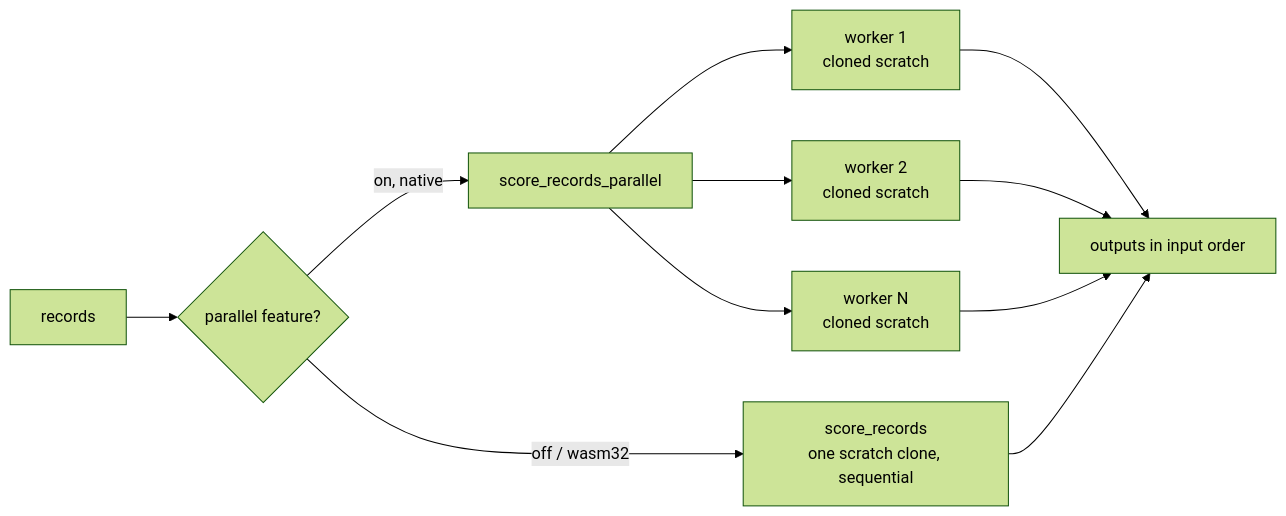
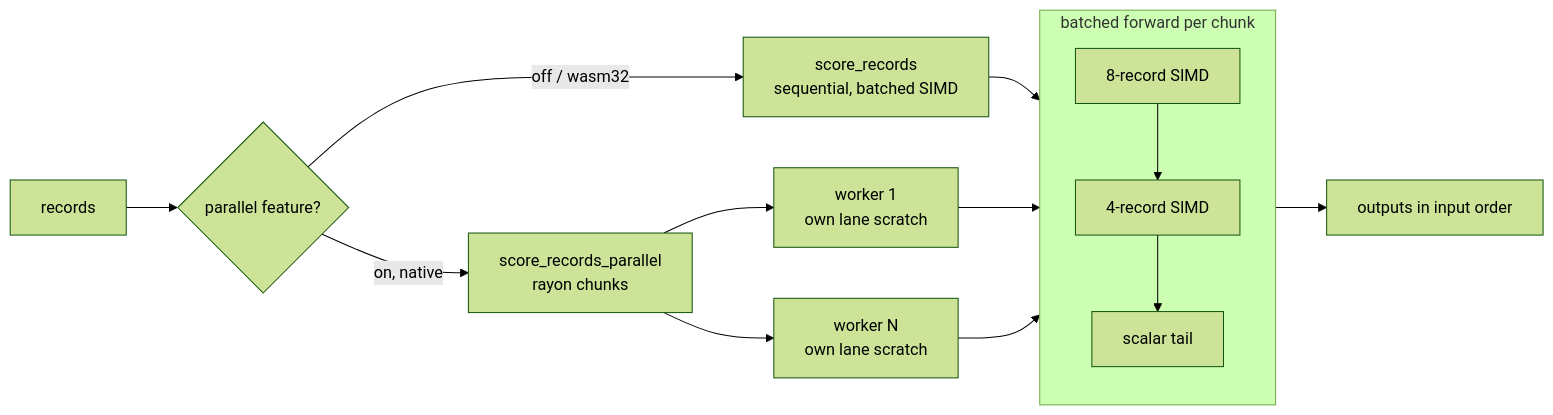
Before and after one commit to stSoftwareAU/NEAT-AI-core: the first of 4 diagrams in README.md, drawn with Mermaid (forest theme). The commit also changed other lines of this file and 6 other files, not shown here.

First line of the commit message:
[#230] Score records through the 8-record batched SIMD path

````diff
--- a/README.md
+++ b/README.md
@@ -61,13 +70,16 @@
 ```mermaid
 flowchart LR
     R[records] --> S{parallel feature?}
-    S -- off / wasm32 --> Q[score_records<br/>one scratch clone, sequential]
-    S -- on, native --> P[score_records_parallel]
-    P --> W1[worker 1<br/>cloned scratch]
-    P --> W2[worker 2<br/>cloned scratch]
-    P --> Wn[worker N<br/>cloned scratch]
-    W1 --> O[outputs in input order]
-    W2 --> O
-    Wn --> O
-    Q --> O
+    S -- off / wasm32 --> Q[score_records<br/>sequential, batched SIMD]
+    S -- on, native --> P[score_records_parallel<br/>rayon chunks]
+    P --> W1[worker 1<br/>own lane scratch]
+    P --> Wn[worker N<br/>own lane scratch]
+    subgraph B[batched forward per chunk]
+        direction TB
+        E8[8-record SIMD] --> E4[4-record SIMD] --> E1[scalar tail]
+    end
+    Q --> B
+    W1 --> B
+    Wn --> B
+    B --> O[outputs in input order]
 ```
````
